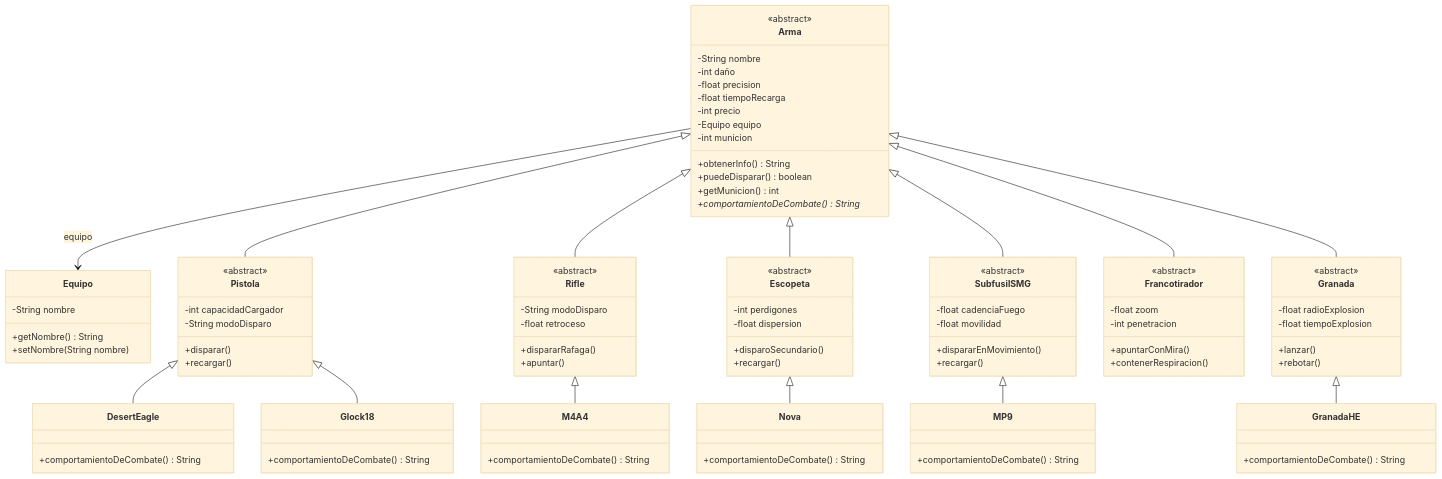
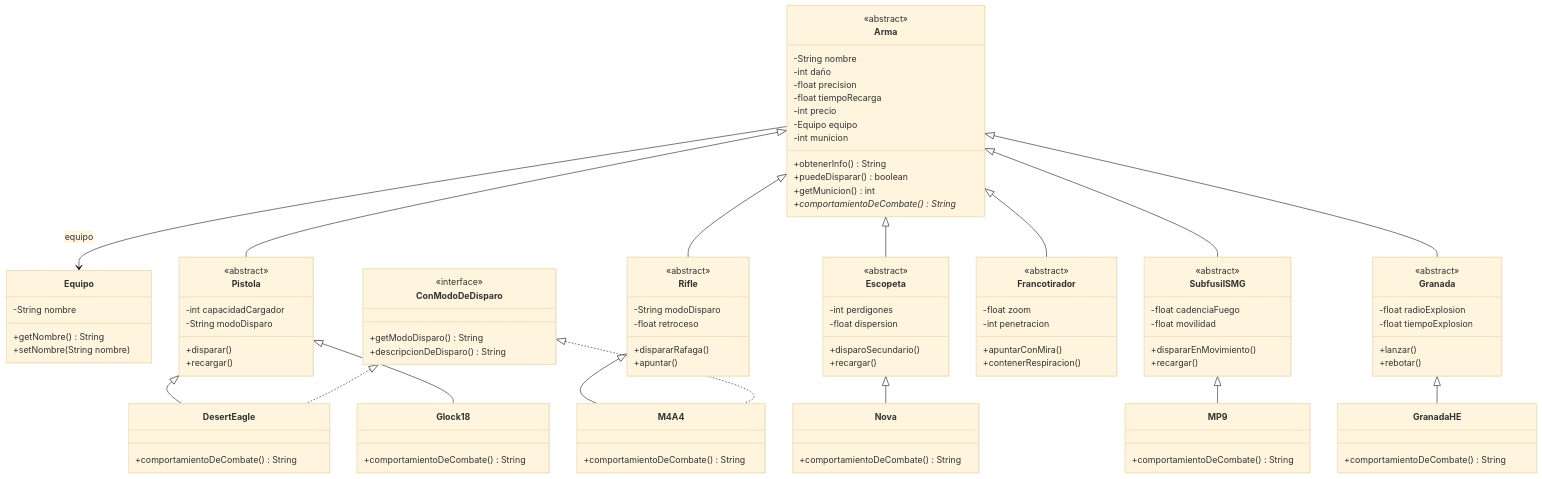
One commit to dianamariapaz2104/daquino-tp-lp3-2026 changed the diagram in README.md. Above: the diagram before and after it, drawn with Mermaid (base theme). The commit also changed other lines of this file and 6 other files, not shown here.

````diff
--- a/README.md
+++ b/README.md
@@ -170,6 +215,12 @@
     +comportamientoDeCombate() String
   }
 
+  class ConModoDeDisparo {
+    <<interface>>
+    +getModoDisparo() String
+    +descripcionDeDisparo() String
+  }
+
   Arma <|-- Pistola
   Arma <|-- Rifle
   Arma <|-- Escopeta
@@ -184,5 +235,8 @@
   SubfusilSMG <|-- MP9
   Granada <|-- GranadaHE
 
+  ConModoDeDisparo <|.. DesertEagle
+  ConModoDeDisparo <|.. M4A4
+
   Arma --> Equipo : equipo
 ```
````
